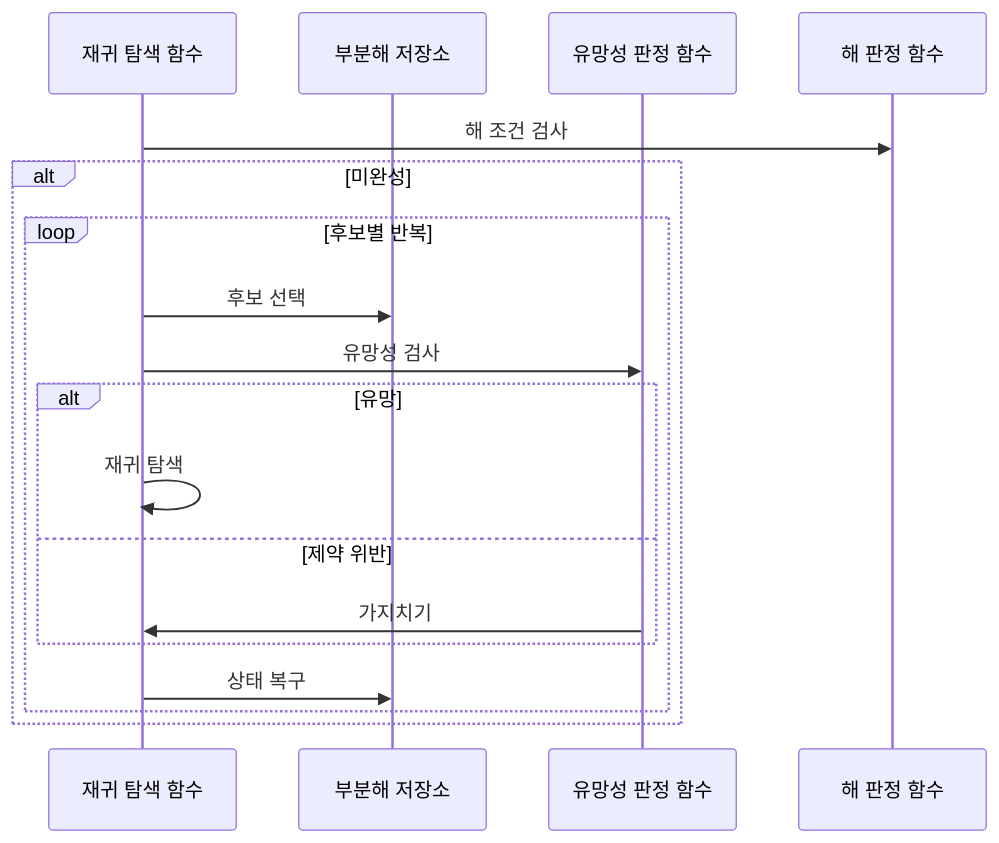
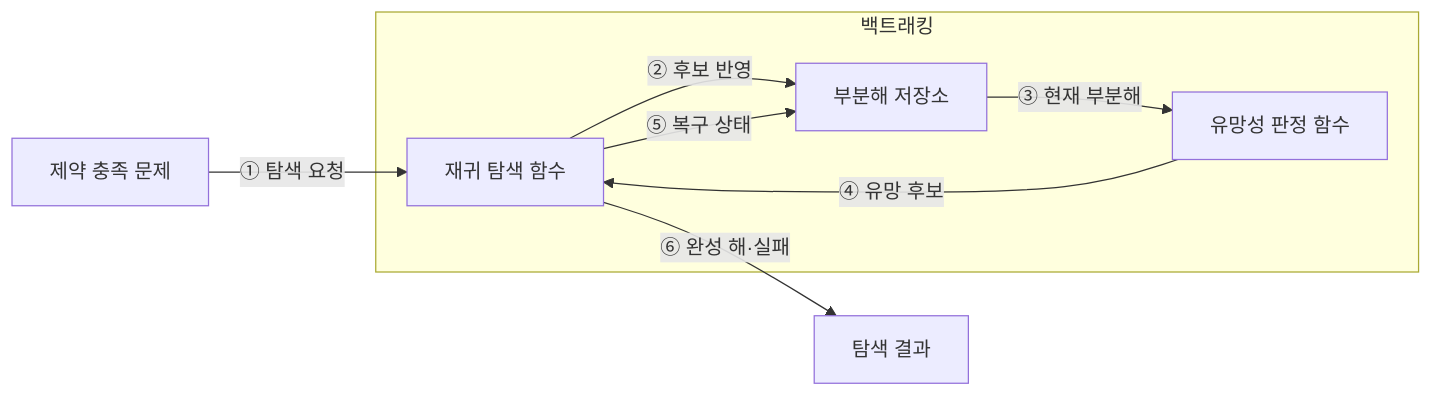
One commit to agnusdei1207/knowledge-base changed the diagram in src/content/docs/notes/01-basic-theory/016_backtracking.md. Above: the diagram before and after it, drawn with Mermaid. The commit also changed other lines of this file and 6 other files, not shown here.

````diff
--- a/src/content/docs/notes/01-basic-theory/016_backtracking.md
+++ b/src/content/docs/notes/01-basic-theory/016_backtracking.md
@@ -78,20 +63,11 @@
 ```mermaid
-sequenceDiagram
-    participant R as 재귀 탐색 함수
-    participant P as 부분해 저장소
-    participant V as 유망성 판정 함수
-    participant D as 해 판정 함수
-    R->>D: 해 조건 검사
-    alt 미완성
-        loop 후보별 반복
-            R->>P: 후보 선택
-            R->>V: 유망성 검사
-            alt 유망
-                R->>R: 재귀 탐색
-            else 제약 위반
-                V->>R: 가지치기
-            end
-            R->>P: 상태 복구
-        end
+flowchart LR
+    Q[제약 충족 문제] -->|① 탐색 요청| R
+    subgraph B[백트래킹]
+        R[재귀 탐색 함수] -->|② 후보 반영| P[부분해 저장소]
+        P -->|③ 현재 부분해| V[유망성 판정 함수]
+        V -->|④ 유망 후보| R
+        R -->|⑤ 복구 상태| P
     end
+    R -->|⑥ 완성 해·실패| O[탐색 결과]
 ```
````
